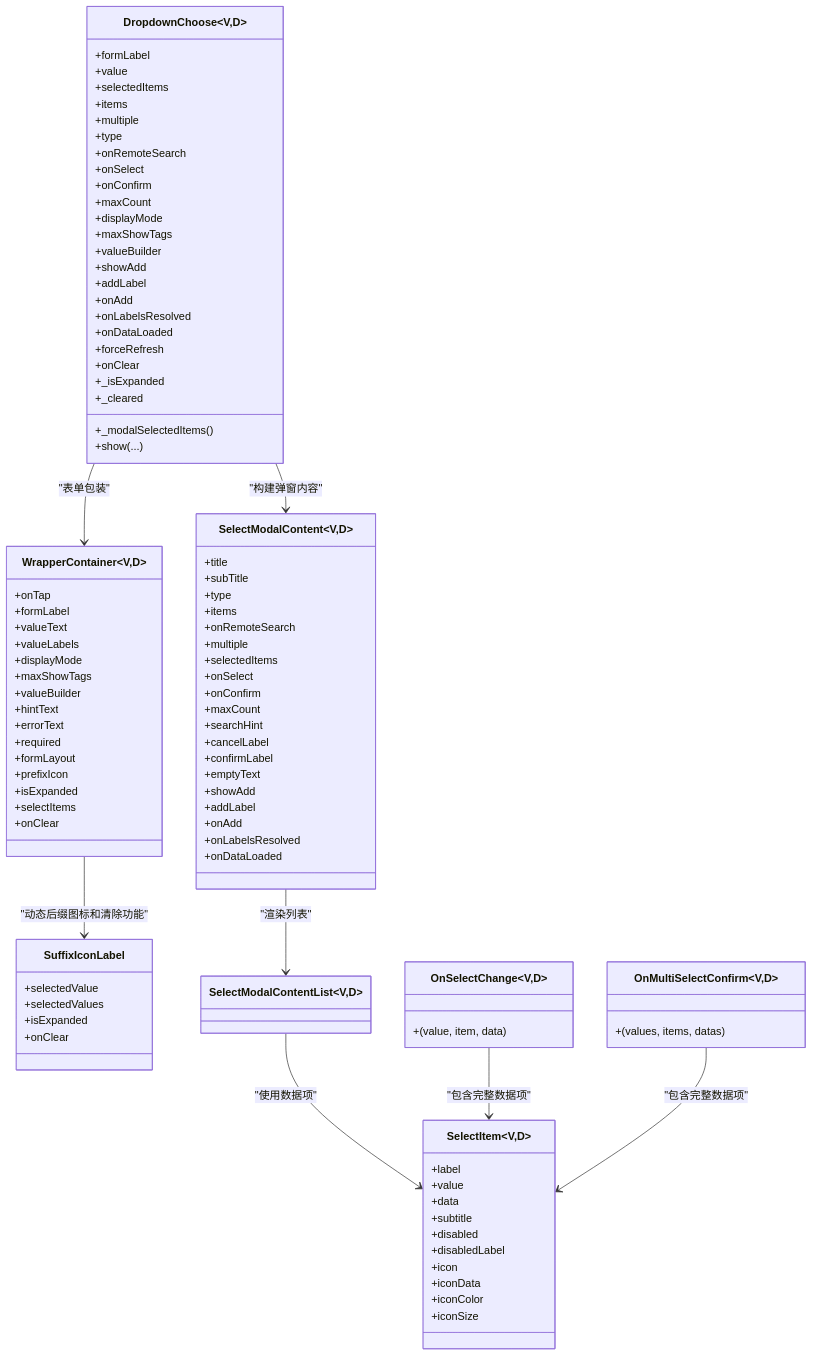
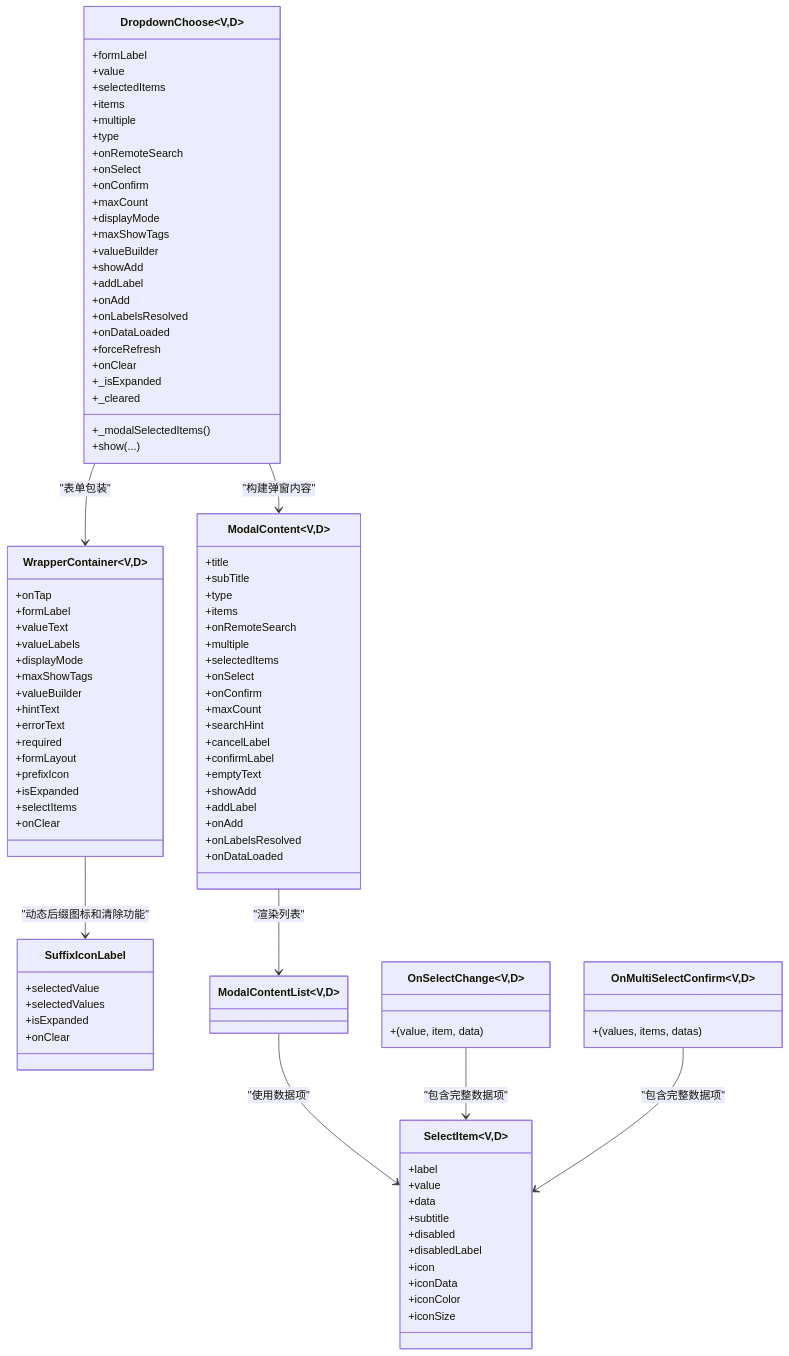
Before and after one commit to yuzhido/lite-ui: the third of 3 diagrams in .qoder/repowiki/zh/content/API 参考/高级组件 API/DropdownChoose 下拉选择器 API.md, drawn with Mermaid. The commit also changed other lines of this file and 16 other files, not shown here.

````diff
--- a/.qoder/repowiki/zh/content/API 参考/高级组件 API/DropdownChoose 下拉选择器 API.md
+++ b/.qoder/repowiki/zh/content/API 参考/高级组件 API/DropdownChoose 下拉选择器 API.md
@@ -334,7 +368,7 @@
 +_modalSelectedItems()
 +show(...)
 }
-class SelectModalContent~V,D~ {
+class ModalContent~V,D~ {
 +title
 +subTitle
 +type
@@ -396,11 +430,11 @@
 class OnMultiSelectConfirm~V,D~ {
 +(values, items, datas)
 }
-DropdownChoose~V,D~ --> SelectModalContent~V,D~ : "构建弹窗内容"
-SelectModalContent~V,D~ --> SelectModalContentList~V,D~ : "渲染列表"
+DropdownChoose~V,D~ --> ModalContent~V,D~ : "构建弹窗内容"
+ModalContent~V,D~ --> ModalContentList~V,D~ : "渲染列表"
 DropdownChoose~V,D~ --> WrapperContainer~V,D~ : "表单包装"
 WrapperContainer~V,D~ --> SuffixIconLabel : "动态后缀图标和清除功能"
-SelectModalContentList~V,D~ --> SelectItem~V,D~ : "使用数据项"
+ModalContentList~V,D~ --> SelectItem~V,D~ : "使用数据项"
 OnSelectChange~V,D~ --> SelectItem~V,D~ : "包含完整数据项"
 OnMultiSelectConfirm~V,D~ --> SelectItem~V,D~ : "包含完整数据项"
 ```
````
